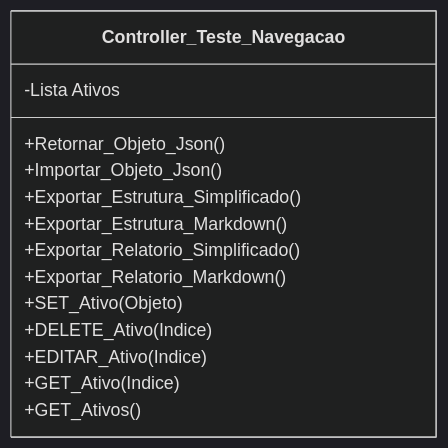
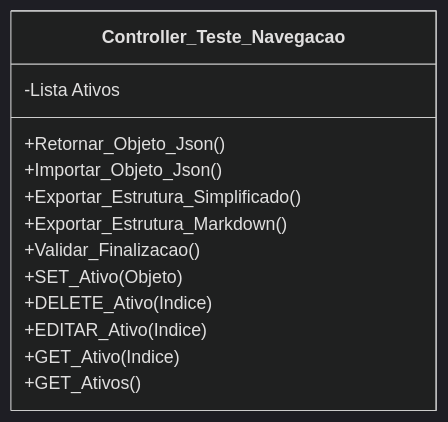
Before and after one commit to ETECC-Telecom/ValtObsidian-Script-Moto: the diagram in DOCUMENTOS/Classe - Conferência Teste Navegação.md, drawn with Mermaid (dark theme). The commit also changed other lines of this file and 8 other files, not shown here.

````diff
--- a/DOCUMENTOS/Classe - Conferência Teste Navegação.md
+++ b/DOCUMENTOS/Classe - Conferência Teste Navegação.md
@@ -52,19 +59,18 @@
 ```mermaid
 classDiagram
     class Controller_Teste_Navegacao{
 		-Lista Ativos
       
 		+Retornar_Objeto_Json()
 		+Importar_Objeto_Json()
 		+Exportar_Estrutura_Simplificado()
 		+Exportar_Estrutura_Markdown()
-		+Exportar_Relatorio_Simplificado()
-		+Exportar_Relatorio_Markdown()
+		+Validar_Finalizacao()
 		
 		+SET_Ativo(Objeto)
 		+DELETE_Ativo(Indice)
 		+EDITAR_Ativo(Indice)
 		+GET_Ativo(Indice)
 		+GET_Ativos()
     }
 ```
````
